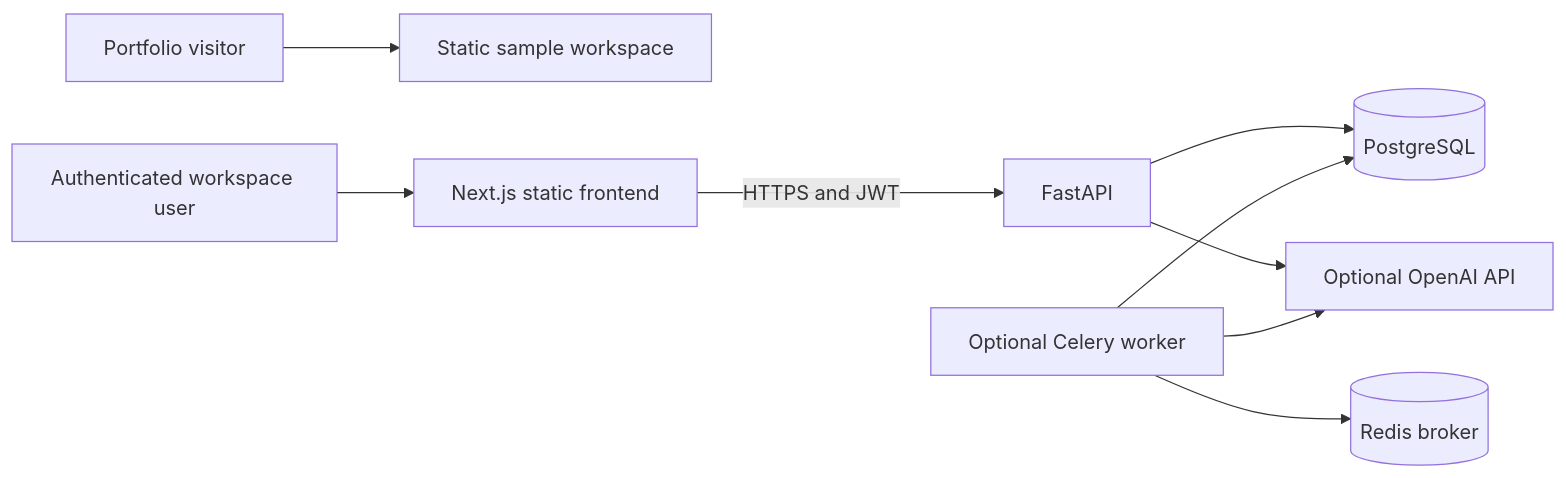
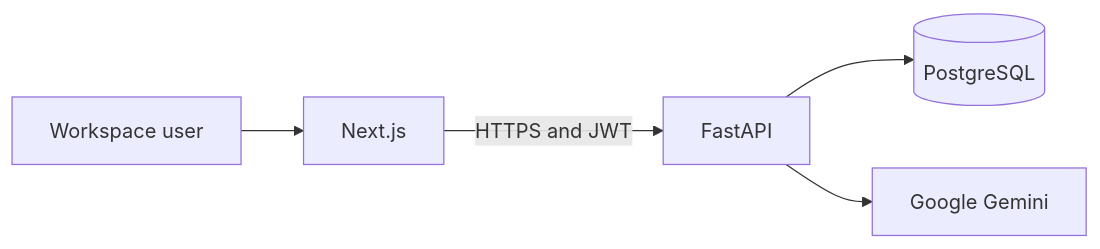
Before and after one commit to MoizAi8/autoreply-to-customer-agent: the diagram in docs/ARCHITECTURE.md, drawn with Mermaid. The commit also changed other lines of this file and 64 other files, not shown here.

Commit message:
Release authenticated review workspace with Gemini drafting

````diff
--- a/docs/ARCHITECTURE.md
+++ b/docs/ARCHITECTURE.md
@@ -3,11 +3,7 @@
 ```mermaid
 flowchart LR
-    Visitor[Portfolio visitor] --> Sample[Static sample workspace]
-    Staff[Authenticated workspace user] --> Web[Next.js static frontend]
+    Staff[Workspace user] --> Web[Next.js]
     Web -->|HTTPS and JWT| API[FastAPI]
     API --> DB[(PostgreSQL)]
-    API --> AI[Optional OpenAI API]
-    Worker[Optional Celery worker] --> Redis[(Redis broker)]
-    Worker --> DB
-    Worker --> AI
+    API --> Gemini[Google Gemini]
 ```
````
